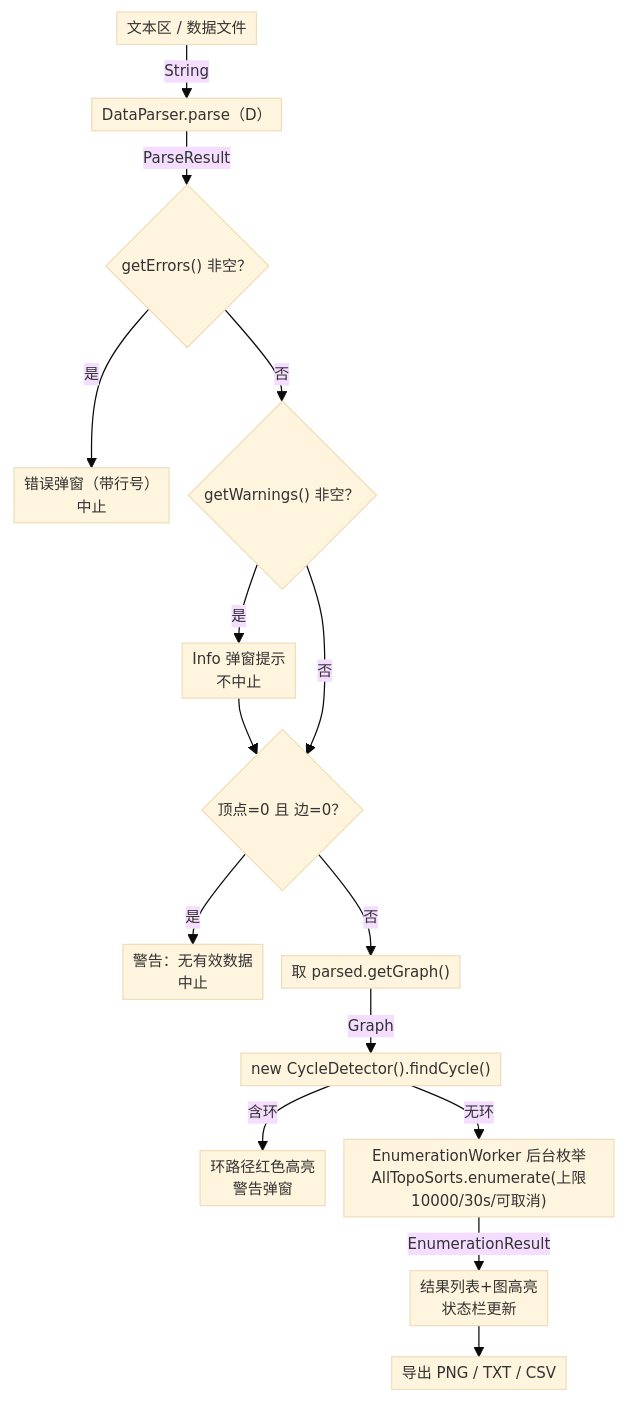
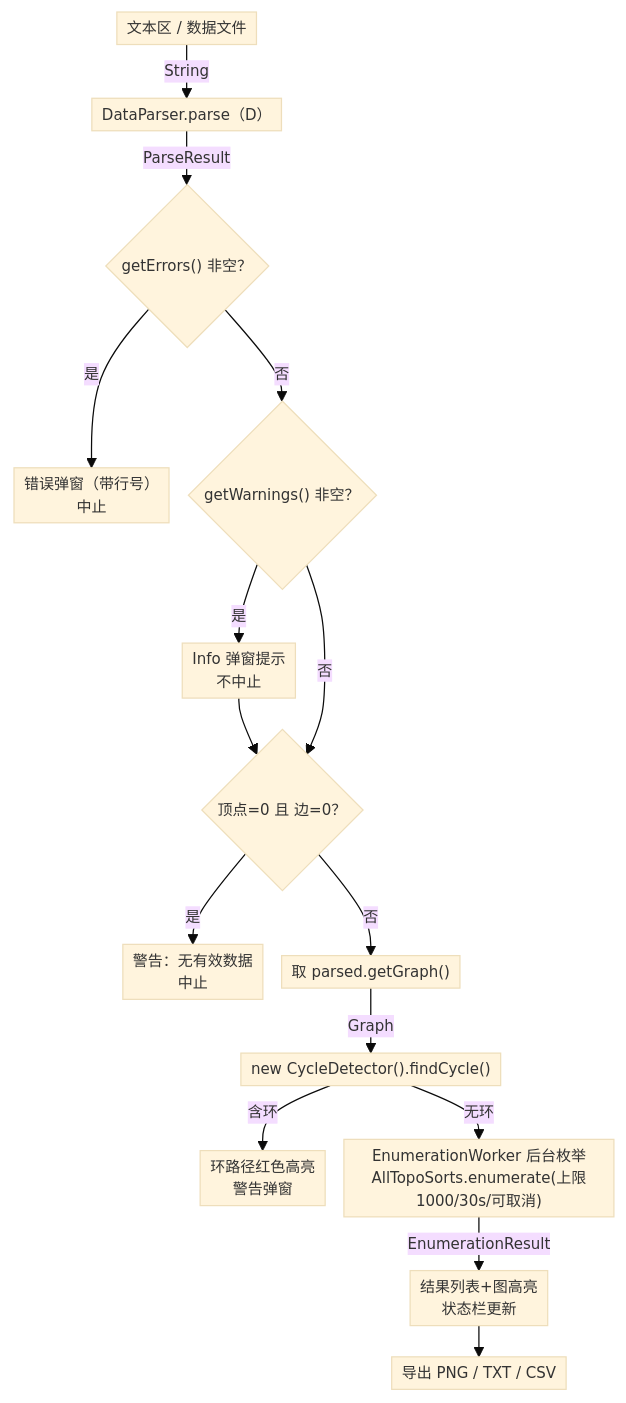
One commit to yyj138/topological-sort changed the sixth of 7 diagrams in docs/详细设计报告-GUI.md. Above: the diagram before and after it, drawn with Mermaid. The commit also changed other lines of this file and 6 other files, not shown here.

````diff
--- a/docs/详细设计报告-GUI.md
+++ b/docs/详细设计报告-GUI.md
@@ -383,17 +383,17 @@
 ```mermaid
 %%{init: {'theme':'base','themeVariables':{'fontSize':'12px'},'flowchart':{'nodeSpacing':15,'rankSpacing':25,'padding':4}}}%%
 flowchart TD
     A["文本区 / 数据文件"] -->|String| B["DataParser.parse（D）"]
     B -->|ParseResult| C{"getErrors() 非空？"}
     C -->|是| D["错误弹窗（带行号）<br/>中止"]
     C -->|否| E{"getWarnings() 非空？"}
     E -->|是| F["Info 弹窗提示<br/>不中止"] --> G{"顶点=0 且 边=0？"}
     E -->|否| G
     G -->|是| H["警告：无有效数据<br/>中止"]
     G -->|否| I["取 parsed.getGraph()"]
     I -->|Graph| J["new CycleDetector().findCycle()"]
     J -->|含环| K["环路径红色高亮<br/>警告弹窗"]
-    J -->|无环| L["EnumerationWorker 后台枚举<br/>AllTopoSorts.enumerate(上限10000/30s/可取消)"]
+    J -->|无环| L["EnumerationWorker 后台枚举<br/>AllTopoSorts.enumerate(上限1000/30s/可取消)"]
     L -->|EnumerationResult| M["结果列表+图高亮<br/>状态栏更新"]
     M --> N["导出 PNG / TXT / CSV"]
 ```
````
